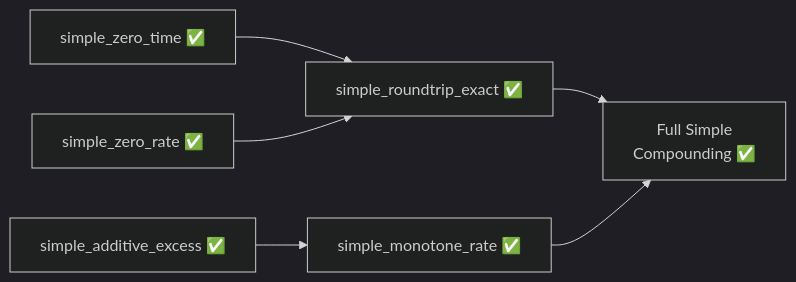
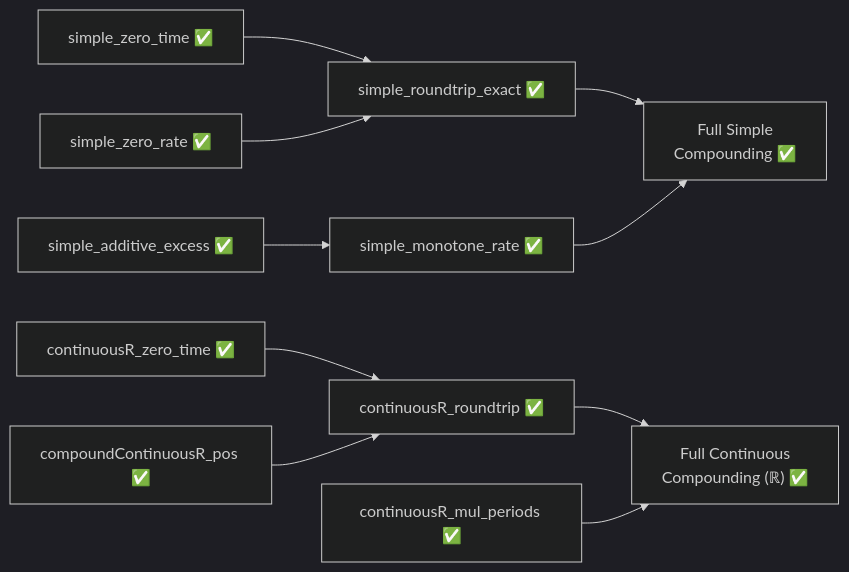
Before and after one commit to dsyme/QuantLib: the fourth of 6 diagrams in formal-verification/REPORT.md, drawn with Mermaid (dark theme). The commit also changed other lines of this file and 1 other file, not shown here.

````diff
--- a/formal-verification/REPORT.md
+++ b/formal-verification/REPORT.md
@@ -91,8 +105,12 @@
 ```mermaid
 graph LR
     A["simple_zero_time ✅"] --> D["simple_roundtrip_exact ✅"]
     B["simple_zero_rate ✅"] --> D
     C["simple_additive_excess ✅"] --> E["simple_monotone_rate ✅"]
     D --> F["Full Simple<br/>Compounding ✅"]
     E --> F
+    G["continuousR_zero_time ✅"] --> H["continuousR_roundtrip ✅"]
+    I["compoundContinuousR_pos ✅"] --> H
+    H --> J["Full Continuous<br/>Compounding (ℝ) ✅"]
+    K["continuousR_mul_periods ✅"] --> J
 ```
````
